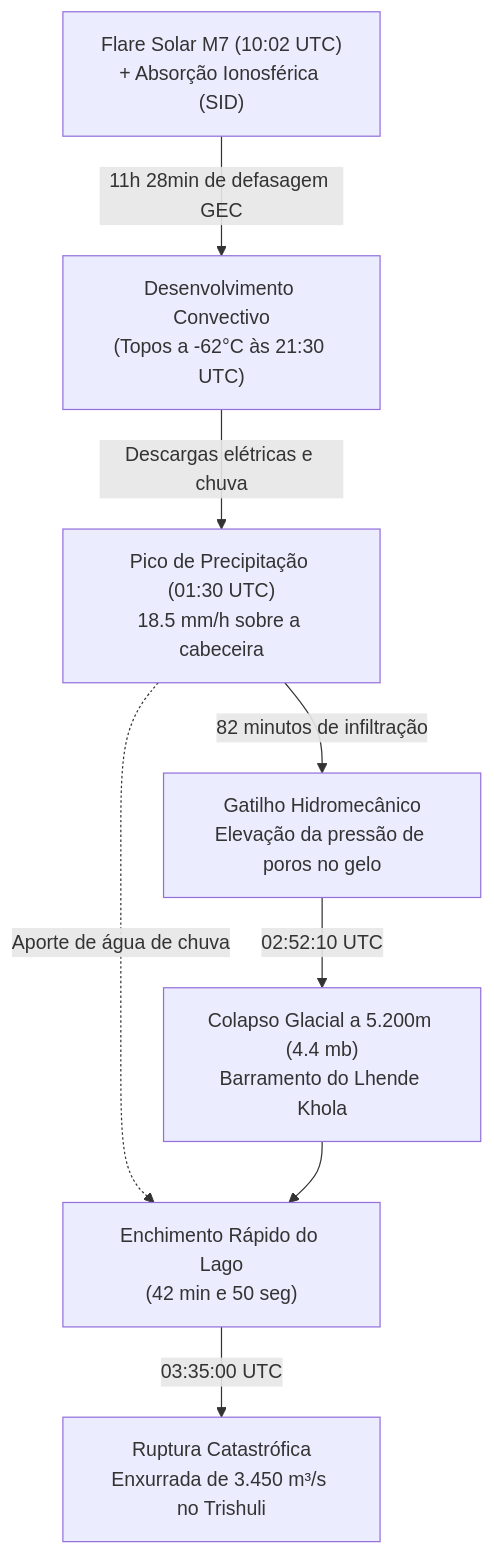
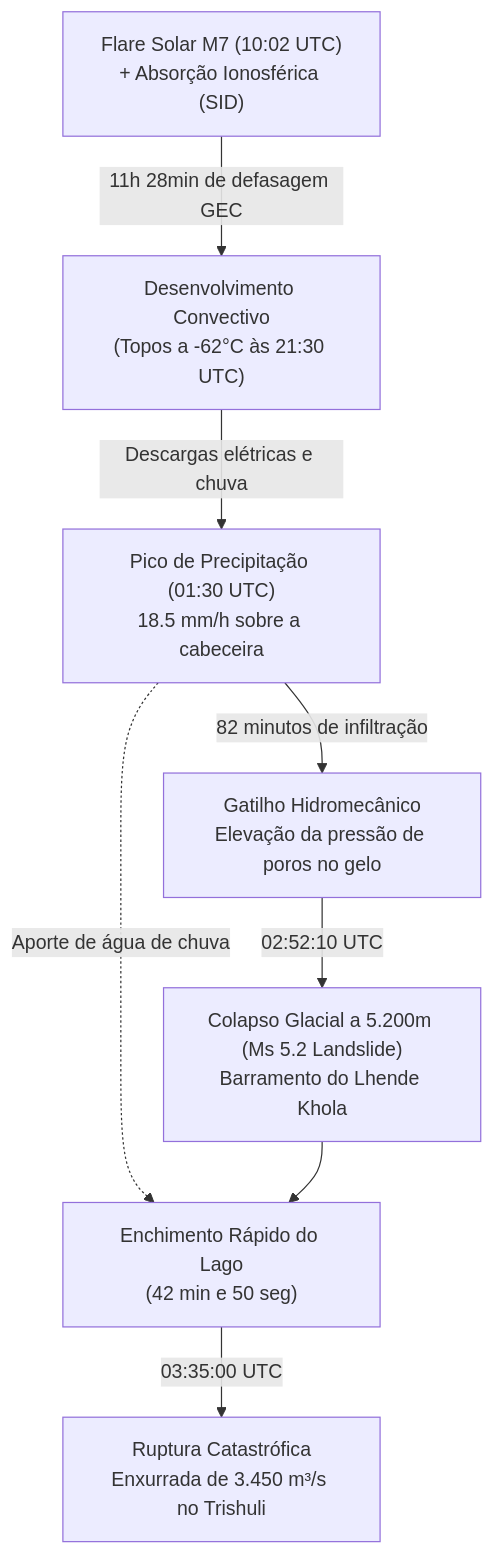
One commit to reinaldohaas/Himalaia_2026 changed the diagram in calculo_dois_eventos_tempestade.md. Above: the diagram before and after it, drawn with Mermaid. The commit also changed other lines of this file and 23 other files, not shown here.

````diff
--- a/calculo_dois_eventos_tempestade.md
+++ b/calculo_dois_eventos_tempestade.md
@@ -54,10 +54,10 @@
 ```mermaid
 flowchart TD
     A["Flare Solar M7 (10:02 UTC)\n+ Absorção Ionosférica (SID)"] -->|11h 28min de defasagem GEC| B["Desenvolvimento Convectivo\n(Topos a -62°C às 21:30 UTC)"]
     B -->|Descargas elétricas e chuva| C["Pico de Precipitação (01:30 UTC)\n18.5 mm/h sobre a cabeceira"]
     C -->|82 minutos de infiltração| D["Gatilho Hidromecânico\nElevação da pressão de poros no gelo"]
-    D -->|02:52:10 UTC| E["Colapso Glacial a 5.200m (4.4 mb)\nBarramento do Lhende Khola"]
+    D -->|02:52:10 UTC| E["Colapso Glacial a 5.200m (Ms 5.2 Landslide)\nBarramento do Lhende Khola"]
     C -.->|Aporte de água de chuva| F["Enchimento Rápido do Lago\n(42 min e 50 seg)"]
     E --> F
     F -->|03:35:00 UTC| G["Ruptura Catastrófica\nEnxurrada de 3.450 m³/s no Trishuli"]
 ```
````
